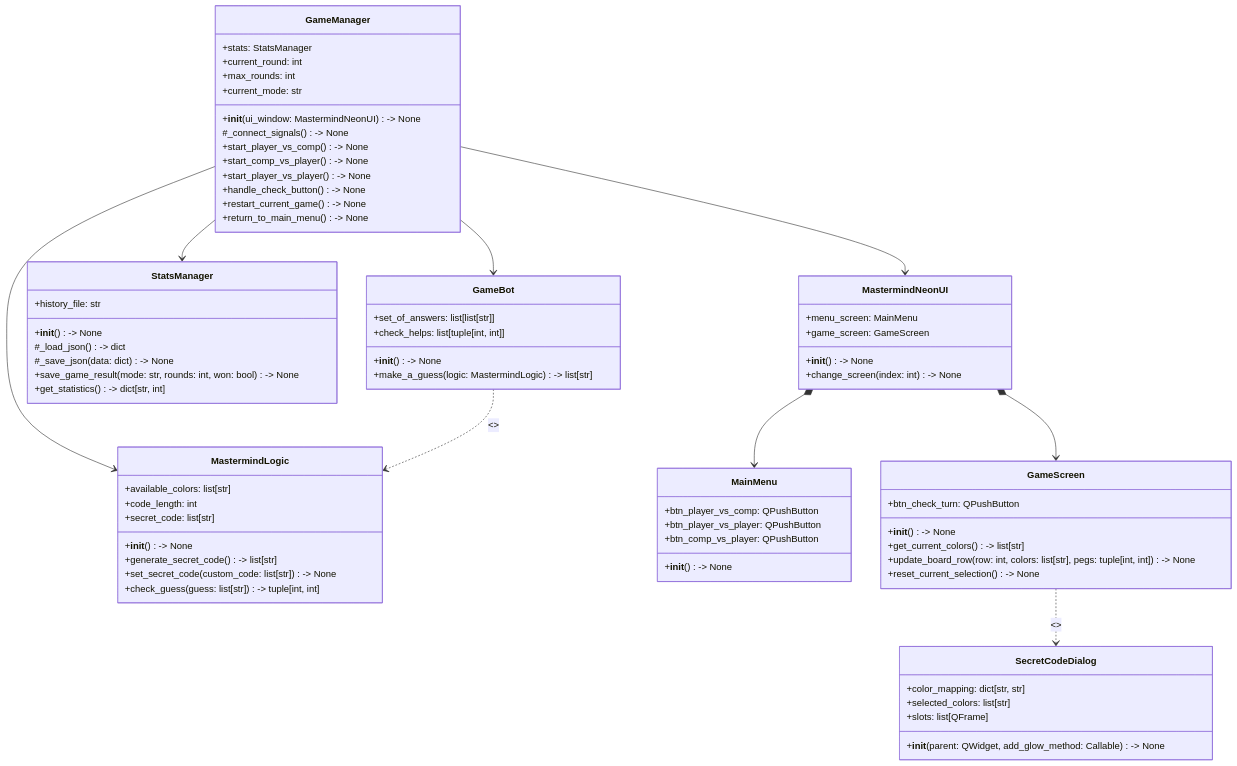
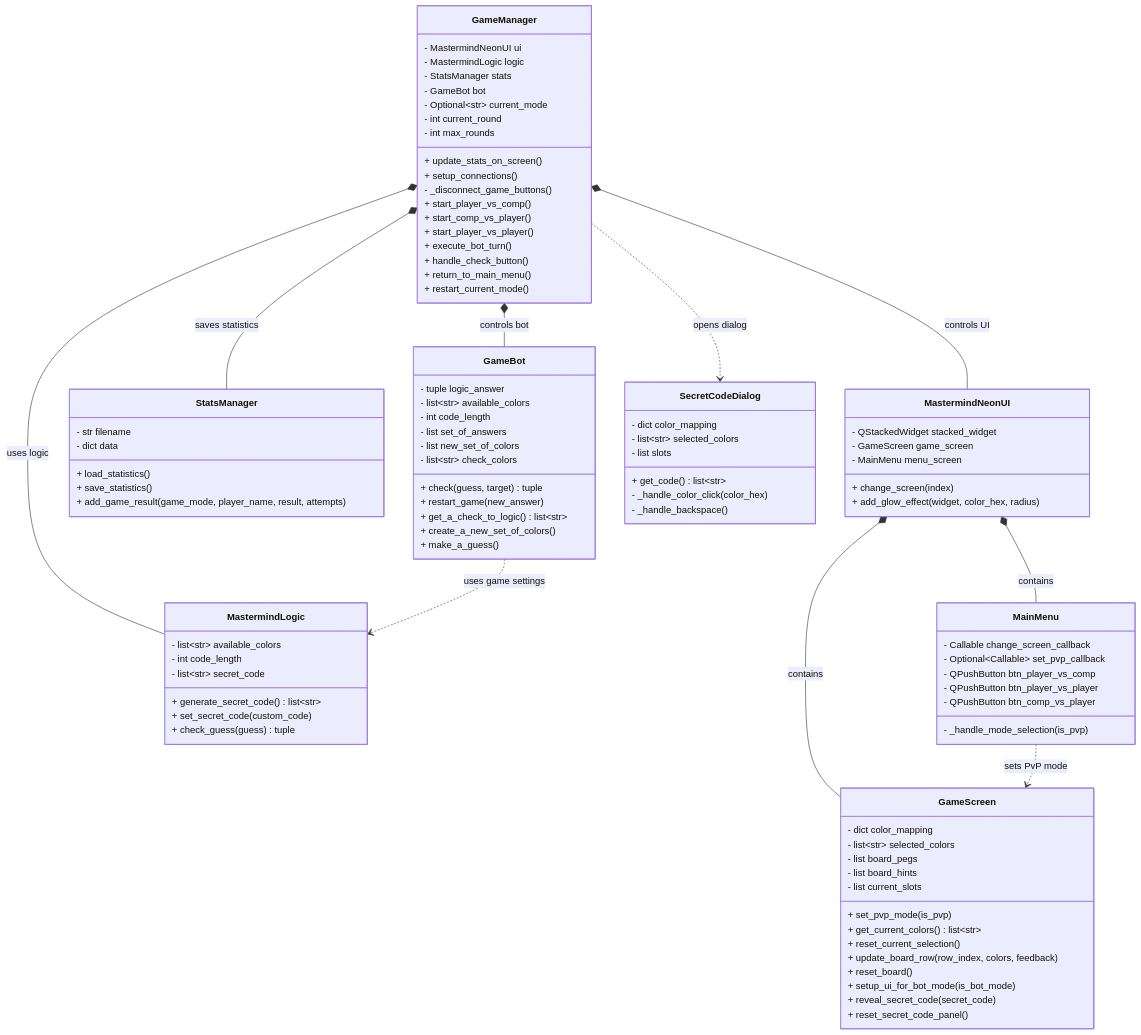
The diagram in README.md (annklesh/MASTERMIND), drawn with Mermaid before and after one commit. The commit also changed other lines of this file, not shown here.

````diff
--- a/README.md
+++ b/README.md
@@ -54,81 +54,109 @@
 ```mermaid
 classDiagram
-    class GameManager {
-        +stats: StatsManager
-        +current_round: int
-        +max_rounds: int
-        +current_mode: str
-        +__init__(ui_window: MastermindNeonUI) -> None
-        #_connect_signals() -> None
-        +start_player_vs_comp() -> None
-        +start_comp_vs_player() -> None
-        +start_player_vs_player() -> None
-        +handle_check_button() -> None
-        +restart_current_game() -> None
-        +return_to_main_menu() -> None
-    }
+direction TB
 
-    class MastermindLogic {
-        +available_colors: list[str]
-        +code_length: int
-        +secret_code: list[str]
-        +__init__() -> None
-        +generate_secret_code() -> list[str]
-        +set_secret_code(custom_code: list[str]) -> None
-        +check_guess(guess: list[str]) -> tuple[int, int]
-    }
+class GameManager {
+    - MastermindNeonUI ui
+    - MastermindLogic logic
+    - StatsManager stats
+    - GameBot bot
+    - Optional~str~ current_mode
+    - int current_round
+    - int max_rounds
+    + update_stats_on_screen()
+    + setup_connections()
+    - _disconnect_game_buttons()
+    + start_player_vs_comp()
+    + start_comp_vs_player()
+    + start_player_vs_player()
+    + execute_bot_turn()
+    + handle_check_button()
+    + return_to_main_menu()
+    + restart_current_mode()
+}
 
-    class GameBot {
-        +set_of_answers: list[list[str]]
-        +check_helps: list[tuple[int, int]]
-        +__init__() -> None
-        +make_a_guess(logic: MastermindLogic) -> list[str]
-    }
+class MastermindLogic {
+    - list~str~ available_colors
+    - int code_length
+    - list~str~ secret_code
+    + generate_secret_code() list~str~
+    + set_secret_code(custom_code)
+    + check_guess(guess) tuple
+}
 
-    class StatsManager {
-        +history_file: str
-        +__init__() -> None
-        #_load_json() -> dict
-        #_save_json(data: dict) -> None
-        +save_game_result(mode: str, rounds: int, won: bool) -> None
-        +get_statistics() -> dict[str, int]
-    }
+class GameBot {
+    - tuple logic_answer
+    - list~str~ available_colors
+    - int code_length
+    - list set_of_answers
+    - list new_set_of_colors
+    - list~str~ check_colors
+    + check(guess, target) tuple
+    + restart_game(new_answer)
+    + get_a_check_to_logic() list~str~
+    + create_a_new_set_of_colors()
+    + make_a_guess()
+}
 
-    class MastermindNeonUI {
-        +menu_screen: MainMenu
-        +game_screen: GameScreen
-        +__init__() -> None
-        +change_screen(index: int) -> None
-    }
+class StatsManager {
+    - str filename
+    - dict data
+    + load_statistics()
+    + save_statistics()
+    + add_game_result(game_mode, player_name, result, attempts)
+}
 
-    class MainMenu {
-        +btn_player_vs_comp: QPushButton
-        +btn_player_vs_player: QPushButton
-        +btn_comp_vs_player: QPushButton
-        +__init__() -> None
-    }
+class MastermindNeonUI {
+    - QStackedWidget stacked_widget
+    - GameScreen game_screen
+    - MainMenu menu_screen
+    + change_screen(index)
+    + add_glow_effect(widget, color_hex, radius)
+}
 
-    class GameScreen {
-        +btn_check_turn: QPushButton
-        +__init__() -> None
-        +get_current_colors() -> list[str]
-        +update_board_row(row: int, colors: list[str], pegs: tuple[int, int]) -> None
-        +reset_current_selection() -> None
-    }
+class MainMenu {
+    - Callable change_screen_callback
+    - Optional~Callable~ set_pvp_callback
+    - QPushButton btn_player_vs_comp
+    - QPushButton btn_player_vs_player
+    - QPushButton btn_comp_vs_player
+    - _handle_mode_selection(is_pvp)
+}
 
-    class SecretCodeDialog {
-        +color_mapping: dict[str, str]
-        +selected_colors: list[str]
-        +slots: list[QFrame]
-        +__init__(parent: QWidget, add_glow_method: Callable) -> None
-    }
+class GameScreen {
+    - dict color_mapping
+    - list~str~ selected_colors
+    - list board_pegs
+    - list board_hints
+    - list current_slots
+    + set_pvp_mode(is_pvp)
+    + get_current_colors() list~str~
+    + reset_current_selection()
+    + update_board_row(row_index, colors, feedback)
+    + reset_board()
+    + setup_ui_for_bot_mode(is_bot_mode)
+    + reveal_secret_code(secret_code)
+    + reset_secret_code_panel()
+}
 
-    GameManager  --> MastermindNeonUI
-    GameManager  --> MastermindLogic
-    GameManager --> GameBot
-    GameManager -->  StatsManager
-    MastermindNeonUI *--> MainMenu
-    MastermindNeonUI *--> GameScreen
-    GameScreen ..> SecretCodeDialog : <<uses>>
-    GameBot ..> MastermindLogic : <<uses>>
+class SecretCodeDialog {
+    - dict color_mapping
+    - list~str~ selected_colors
+    - list slots
+    + get_code() list~str~
+    - _handle_color_click(color_hex)
+    - _handle_backspace()
+}
+
+GameManager *-- MastermindNeonUI : controls UI
+GameManager *-- MastermindLogic : uses logic
+GameManager *-- StatsManager : saves statistics
+GameManager *-- GameBot : controls bot
+GameManager ..> SecretCodeDialog : opens dialog
+
+MastermindNeonUI *-- MainMenu : contains
+MastermindNeonUI *-- GameScreen : contains
+
+MainMenu ..> GameScreen : sets PvP mode
+GameBot ..> MastermindLogic : uses game settings
 ```
````
